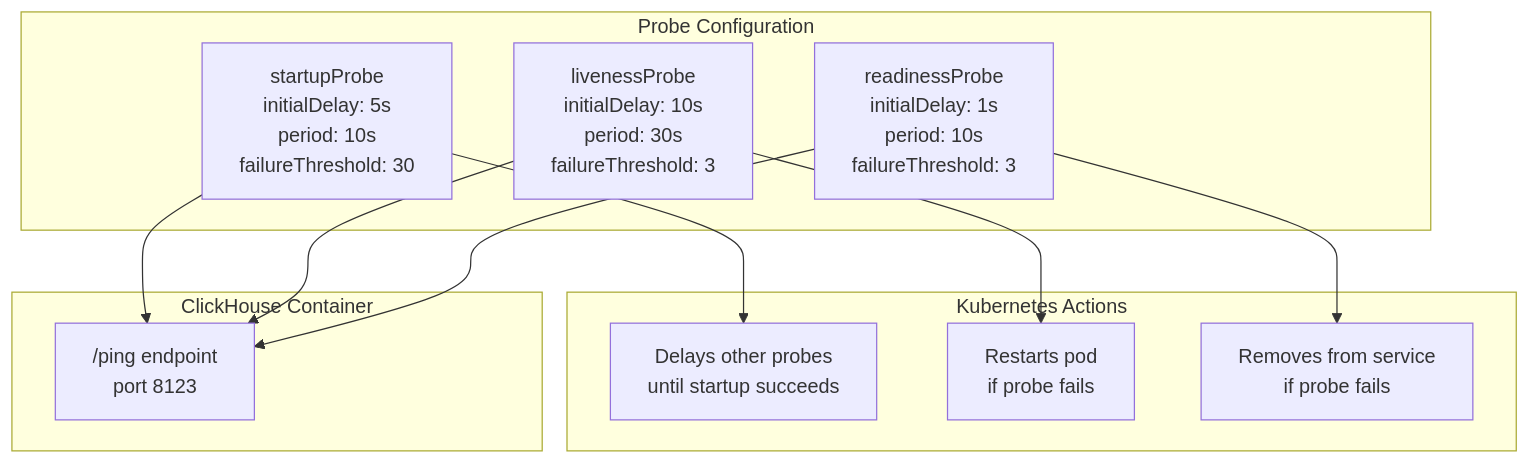
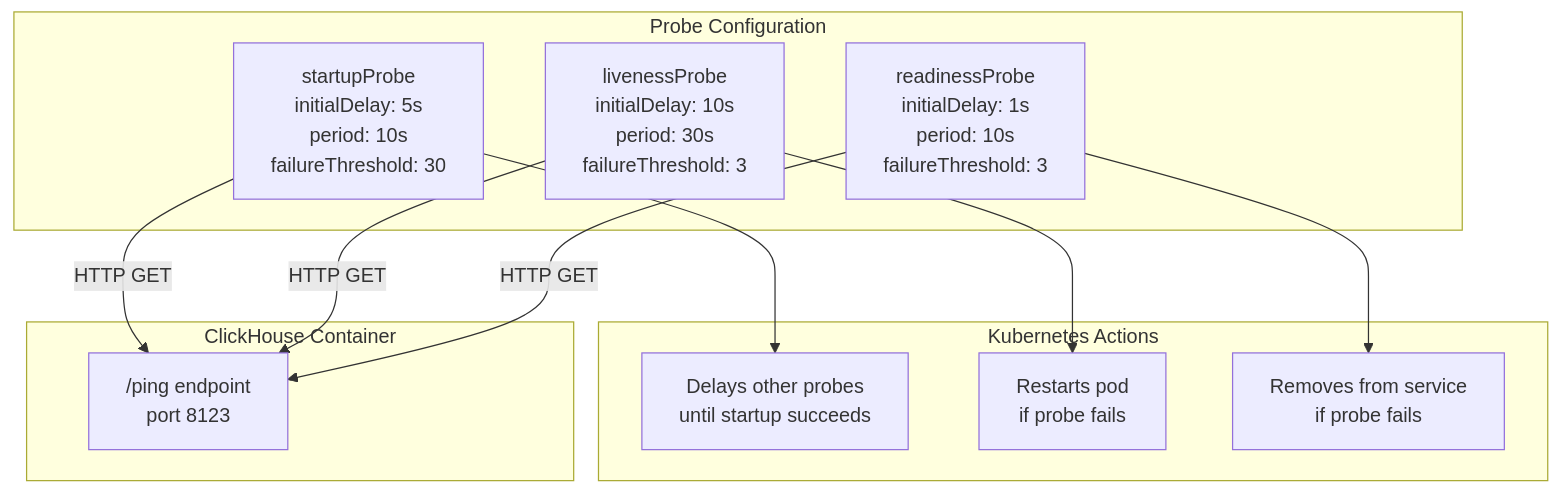
The second of 4 diagrams in docs/hyperdxio-helm-charts-docs/ClickHouse-Configuration.md (openchoreo/openchoreo), drawn with Mermaid before and after one commit. The commit also changed other lines of this file and 85 other files, not shown here.

Commit message:
feat: Add new workflow and specification templates, update Helm chart dependencies, and clarify documentation diagrams.

````diff
--- a/docs/hyperdxio-helm-charts-docs/ClickHouse-Configuration.md
+++ b/docs/hyperdxio-helm-charts-docs/ClickHouse-Configuration.md
@@ -187,34 +187,34 @@
 ```mermaid
 flowchart TD
 
 Startup["startupProbe<br>initialDelay: 5s<br>period: 10s<br>failureThreshold: 30"]
 Liveness["livenessProbe<br>initialDelay: 10s<br>period: 30s<br>failureThreshold: 3"]
 Readiness["readinessProbe<br>initialDelay: 1s<br>period: 10s<br>failureThreshold: 3"]
 PingEndpoint["/ping endpoint<br>port 8123"]
 StartupAction["Delays other probes<br>until startup succeeds"]
 LivenessAction["Restarts pod<br>if probe fails"]
 ReadinessAction["Removes from service<br>if probe fails"]
 
-Startup --> PingEndpoint
-Liveness --> PingEndpoint
-Readiness --> PingEndpoint
+Startup -->|"HTTP GET"| PingEndpoint
+Liveness -->|"HTTP GET"| PingEndpoint
+Readiness -->|"HTTP GET"| PingEndpoint
 Startup --> StartupAction
 Liveness --> LivenessAction
 Readiness --> ReadinessAction
 
 subgraph subGraph2 ["Kubernetes Actions"]
     StartupAction
     LivenessAction
     ReadinessAction
 end
 
 subgraph subGraph1 ["ClickHouse Container"]
     PingEndpoint
 end
 
 subgraph subGraph0 ["Probe Configuration"]
     Startup
     Liveness
     Readiness
 end
 ```
````
